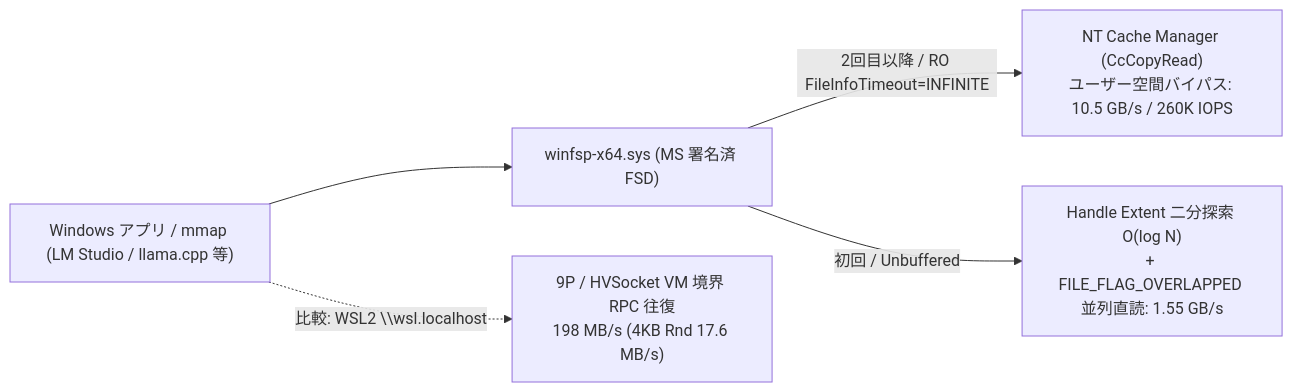
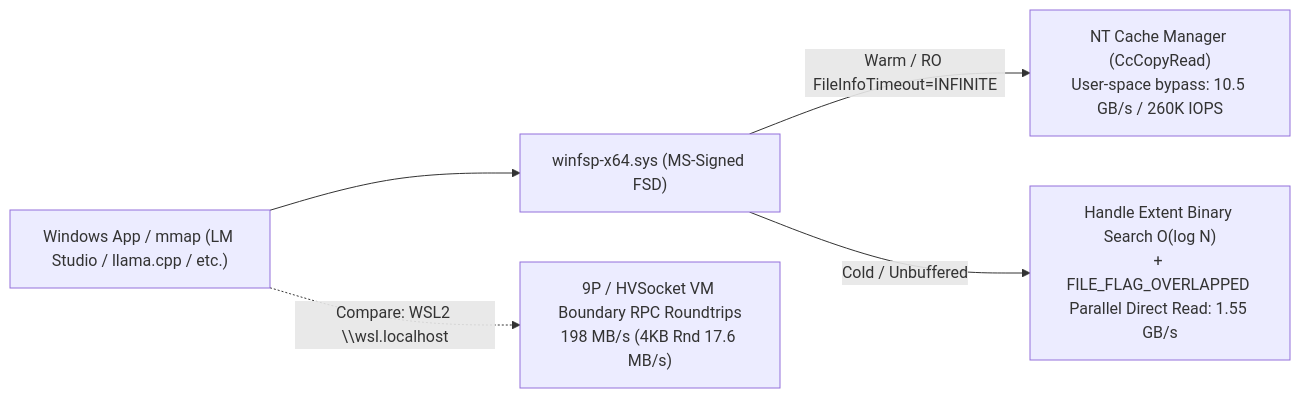
Before and after one commit to totatake/ZeroExt: the diagram in README.md, drawn with Mermaid. The commit also changed other lines of this file and 1 other file, not shown here.

````diff
--- a/README.md
+++ b/README.md
@@ -18,7 +20,7 @@
 ```mermaid
 flowchart LR
-    App["Windows アプリ / mmap (LM Studio / llama.cpp 等)"] --> Sys["winfsp-x64.sys (MS 署名済 FSD)"]
-    Sys -->|"2回目以降 / RO FileInfoTimeout=INFINITE"| Hot["NT Cache Manager (CcCopyRead)\nユーザー空間バイパス: 10.5 GB/s / 260K IOPS"]
-    Sys -->|"初回 / Unbuffered"| Cold["Handle Extent 二分探索 O(log N)\n+ FILE_FLAG_OVERLAPPED 並列直読: 1.55 GB/s"]
-    App -.->|"比較: WSL2 \\wsl.localhost"| Slow["9P / HVSocket VM 境界 RPC 往復\n198 MB/s (4KB Rnd 17.6 MB/s)"]
+    App["Windows App / mmap (LM Studio / llama.cpp / etc.)"] --> Sys["winfsp-x64.sys (MS-Signed FSD)"]
+    Sys -->|"Warm / RO FileInfoTimeout=INFINITE"| Hot["NT Cache Manager (CcCopyRead)\nUser-space bypass: 10.5 GB/s / 260K IOPS"]
+    Sys -->|"Cold / Unbuffered"| Cold["Handle Extent Binary Search O(log N)\n+ FILE_FLAG_OVERLAPPED Parallel Direct Read: 1.55 GB/s"]
+    App -.->|"Compare: WSL2 \\wsl.localhost"| Slow["9P / HVSocket VM Boundary RPC Roundtrips\n198 MB/s (4KB Rnd 17.6 MB/s)"]
 ```
````
